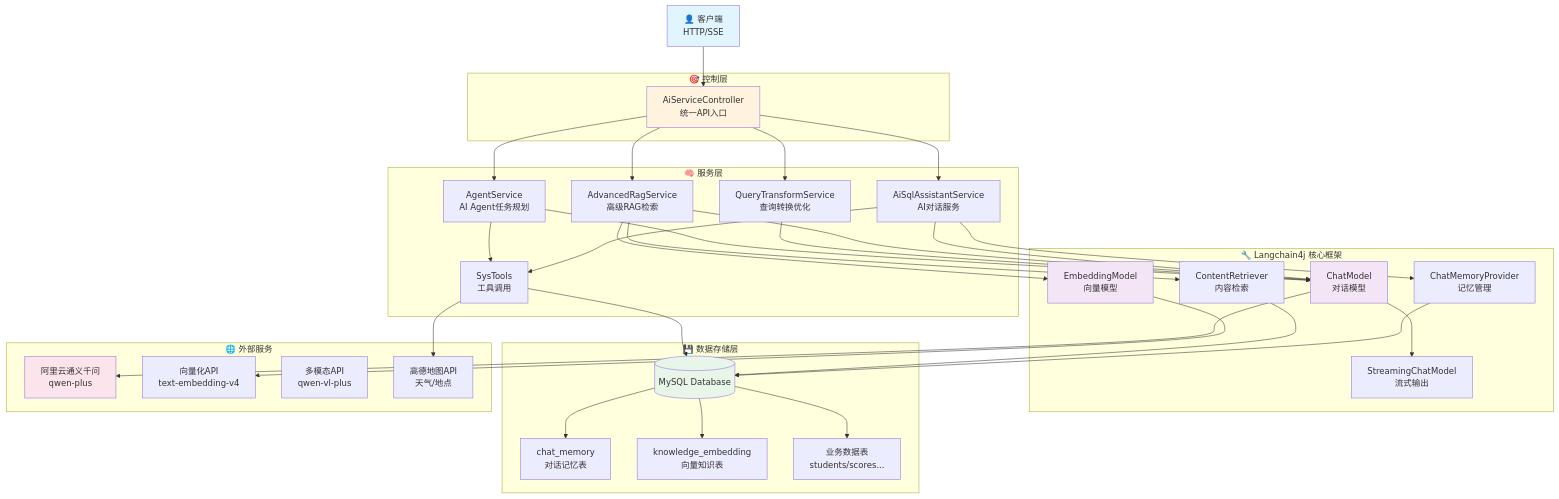
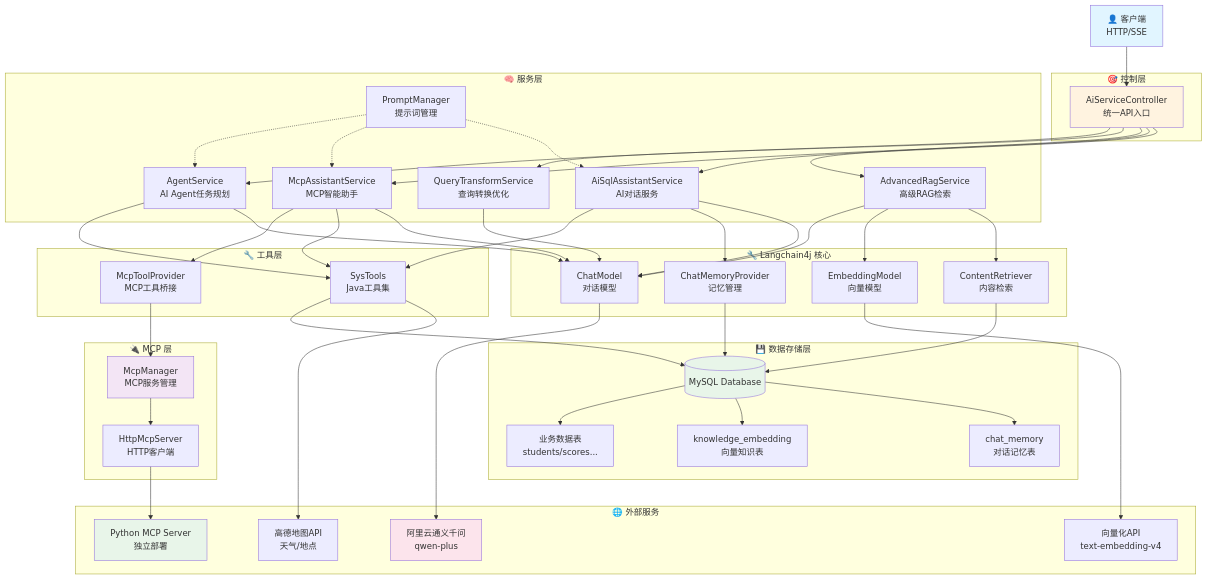
One commit to zhulaoqi/robot changed the diagram in README.md. Above: the diagram before and after it, drawn with Mermaid. The commit also changed other lines of this file and 1 other file, not shown here.

Commit message:
MCP 能力更新

````diff
--- a/README.md
+++ b/README.md
@@ -134,18 +155,28 @@
     
     subgraph "🧠 服务层"
         AiService[AiSqlAssistantService<br/>AI对话服务]
+        McpService[McpAssistantService<br/>MCP智能助手]
         RagService[AdvancedRagService<br/>高级RAG检索]
         QueryService[QueryTransformService<br/>查询转换优化]
         AgentService[AgentService<br/>AI Agent任务规划]
-        ToolsService[SysTools<br/>工具调用]
+        PromptMgr[PromptManager<br/>提示词管理]
     end
     
-    subgraph "🔧 Langchain4j 核心框架"
+    subgraph "🔧 工具层"
+        JavaTools[SysTools<br/>Java工具集]
+        McpTools[McpToolProvider<br/>MCP工具桥接]
+    end
+    
+    subgraph "🔌 MCP 层"
+        McpManager[McpManager<br/>MCP服务管理]
+        HttpMcpServer[HttpMcpServer<br/>HTTP客户端]
+    end
+    
+    subgraph "🔧 Langchain4j 核心"
         ChatModel[ChatModel<br/>对话模型]
         EmbeddingModel[EmbeddingModel<br/>向量模型]
         ChatMemory[ChatMemoryProvider<br/>记忆管理]
         ContentRetriever[ContentRetriever<br/>内容检索]
-        Streaming[StreamingChatModel<br/>流式输出]
     end
     
     subgraph "💾 数据存储层"
@@ -158,33 +189,42 @@
     subgraph "🌐 外部服务"
         QwenAPI[阿里云通义千问<br/>qwen-plus]
         EmbeddingAPI[向量化API<br/>text-embedding-v4]
-        VisionAPI[多模态API<br/>qwen-vl-plus]
         MapAPI[高德地图API<br/>天气/地点]
+        PythonMcp[Python MCP Server<br/>独立部署]
     end
     
     Client --> Controller
     
     Controller --> AiService
+    Controller --> McpService
     Controller --> RagService
     Controller --> QueryService
     Controller --> AgentService
     
     AiService --> ChatModel
     AiService --> ChatMemory
-    AiService --> ToolsService
+    AiService --> JavaTools
+    
+    McpService --> ChatModel
+    McpService --> JavaTools
+    McpService --> McpTools
     
     RagService --> ContentRetriever
     RagService --> EmbeddingModel
     RagService --> ChatModel
     
     QueryService --> ChatModel
+    AgentService --> ChatModel
+    AgentService --> JavaTools
     
-    AgentService --> ChatModel
-    AgentService --> ToolsService
+    McpTools --> McpManager
+    McpManager --> HttpMcpServer
+    HttpMcpServer --> PythonMcp
     
-    ChatModel --> Streaming
+    JavaTools --> MapAPI
+    JavaTools --> MySQL
+    
     ChatModel --> QwenAPI
-    
     EmbeddingModel --> EmbeddingAPI
     
     ChatMemory --> MySQL
@@ -194,13 +234,14 @@
     MySQL --> EmbeddingTable
     MySQL --> BusinessTable
     
-    ToolsService --> MapAPI
-    ToolsService --> MySQL
+    PromptMgr -.-> AiService
+    PromptMgr -.-> McpService
+    PromptMgr -.-> AgentService
     
     style Client fill:#e1f5ff
     style Controller fill:#fff3e0
-    style ChatModel fill:#f3e5f5
-    style EmbeddingModel fill:#f3e5f5
+    style McpManager fill:#f3e5f5
+    style PythonMcp fill:#e8f5e9
     style MySQL fill:#e8f5e9
     style QwenAPI fill:#fce4ec
 ```
````
